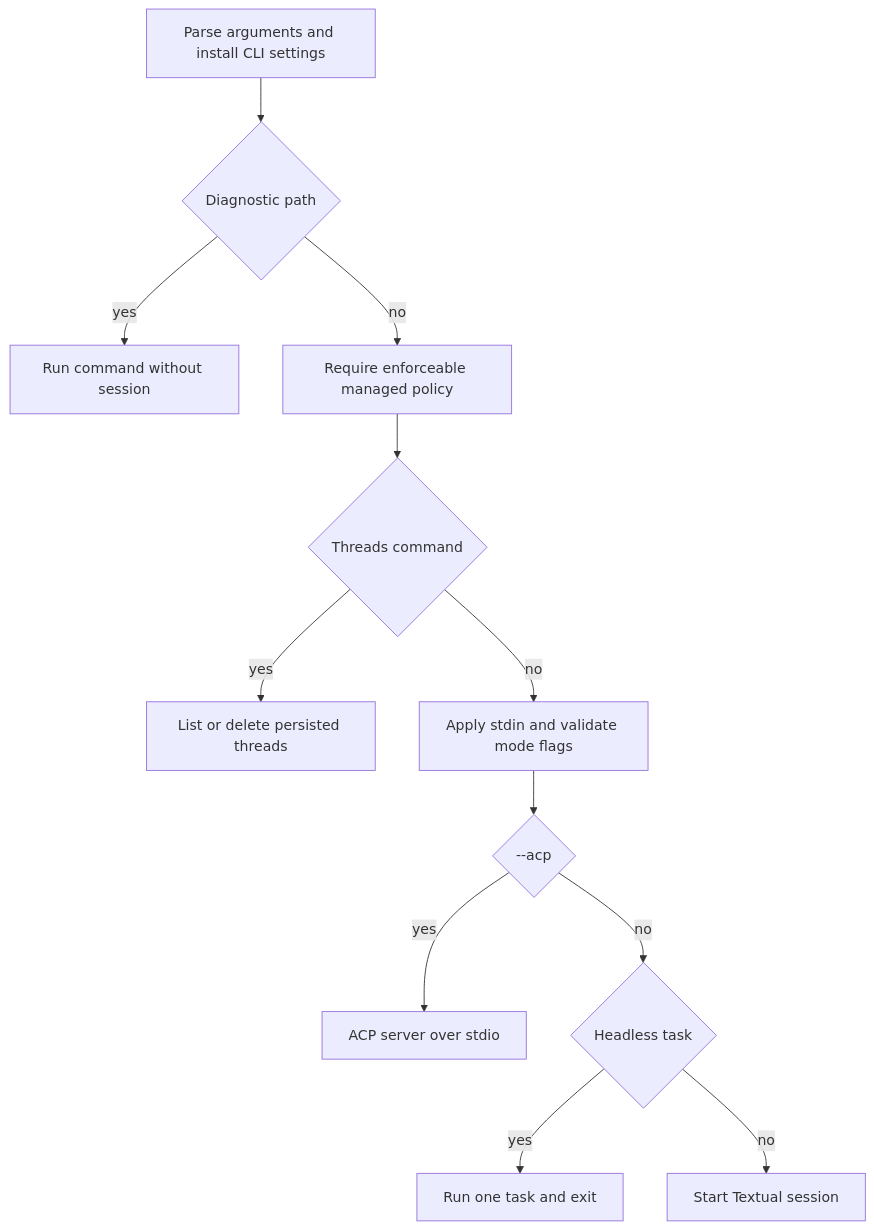
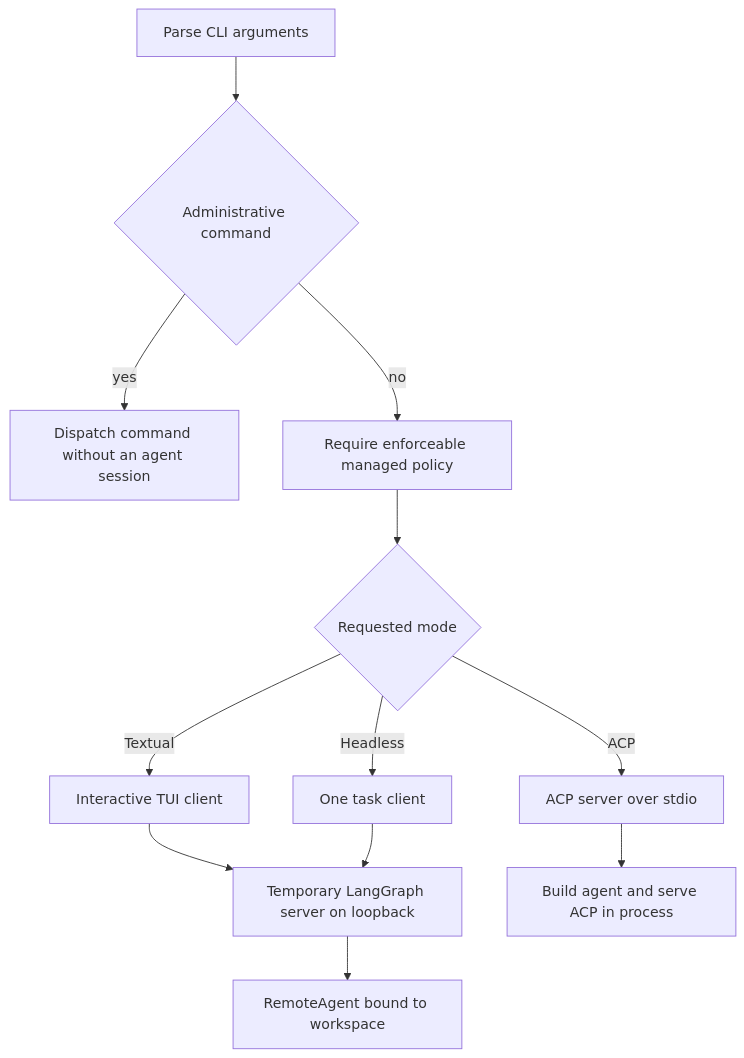
The diagram in openwiki/workflows/run-dcode-session.md (langchain-ai/deepagents), drawn with Mermaid before and after one commit. The commit also changed other lines of this file and 63 other files, not shown here.

````diff
--- a/openwiki/workflows/run-dcode-session.md
+++ b/openwiki/workflows/run-dcode-session.md
@@ -60,14 +71,14 @@
 ```mermaid
 flowchart TD
-    Parse["Parse arguments and install CLI settings"] --> Diagnostic{"Diagnostic path"}
-    Diagnostic -->|"yes"| Admin["Run command without session"]
-    Diagnostic -->|"no"| Policy["Require enforceable managed policy"]
-    Policy --> Threads{"Threads command"}
-    Threads -->|"yes"| ThreadAdmin["List or delete persisted threads"]
-    Threads -->|"no"| Validate["Apply stdin and validate mode flags"]
-    Validate --> Acp{"--acp"}
-    Acp -->|"yes"| AcpServer["ACP server over stdio"]
-    Acp -->|"no"| Headless{"Headless task"}
-    Headless -->|"yes"| Task["Run one task and exit"]
-    Headless -->|"no"| Tui["Start Textual session"]
+    Start["Parse CLI arguments"] --> Admin{"Administrative command"}
+    Admin -->|"yes"| Command["Dispatch command without an agent session"]
+    Admin -->|"no"| Policy["Require enforceable managed policy"]
+    Policy --> Mode{"Requested mode"}
+    Mode -->|"Textual"| TUI["Interactive TUI client"]
+    Mode -->|"Headless"| Headless["One task client"]
+    Mode -->|"ACP"| ACP["ACP server over stdio"]
+    TUI --> Local["Temporary LangGraph server on loopback"]
+    Headless --> Local
+    Local --> Remote["RemoteAgent bound to workspace"]
+    ACP --> Direct["Build agent and serve ACP in process"]
 ```
````
